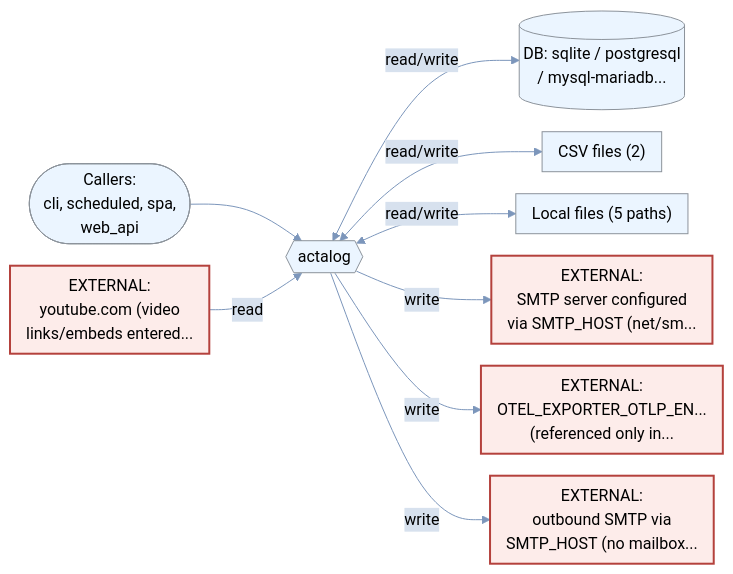
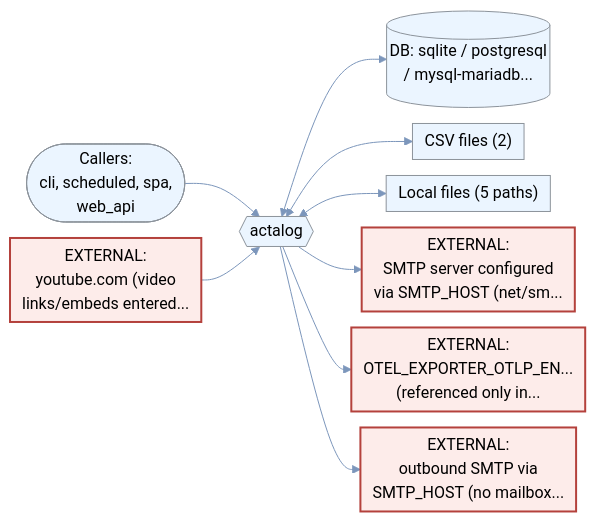
One commit to johnzastrow/Roux7375Testresults changed the fifth of 42 diagrams in outputs/johnzastrow_Summary.md. Above: the diagram before and after it, drawn with Mermaid. The commit also changed other lines of this file, not shown here.

First line of the commit message:
Enlarge data flow diagram text for letter-size printing

````diff
--- a/outputs/johnzastrow_Summary.md
+++ b/outputs/johnzastrow_Summary.md
@@ -553,22 +553,22 @@
 ```mermaid
-%%{init: {"theme":"base","flowchart":{"useMaxWidth":true,"nodeSpacing":22,"rankSpacing":45,"padding":8},"themeVariables":{"background":"#ffffff","primaryColor":"#ebf5ff","primaryTextColor":"#000000","primaryBorderColor":"#8c939b","lineColor":"#7c96bb","secondaryColor":"#d7e1ee","tertiaryColor":"#c3d2e5","fontFamily":"\"Inter\", \"Noto Sans SC\", sans-serif","fontSize":"14","pie1":"#b4413c","pie2":"#d9893b","pie3":"#7c96bb","pie4":"#73A78D","pie5":"#CB9B7A","pie6":"#6B8CAE","pie7":"#c3d2e5","pie8":"#8c939b"}}}%%
+%%{init: {"theme":"base","flowchart":{"useMaxWidth":true,"nodeSpacing":16,"rankSpacing":38,"padding":6},"themeVariables":{"background":"#ffffff","primaryColor":"#ebf5ff","primaryTextColor":"#000000","primaryBorderColor":"#8c939b","lineColor":"#7c96bb","secondaryColor":"#d7e1ee","tertiaryColor":"#c3d2e5","fontFamily":"\"Inter\", \"Noto Sans SC\", sans-serif","fontSize":"17","pie1":"#b4413c","pie2":"#d9893b","pie3":"#7c96bb","pie4":"#73A78D","pie5":"#CB9B7A","pie6":"#6B8CAE","pie7":"#c3d2e5","pie8":"#8c939b"}}}%%
 flowchart LR
     APP{{"actalog"}}
     U(["Callers:<br>cli, scheduled, spa,<br>web_api"]) --> APP
     D1[("DB: sqlite / postgresql<br>/ mysql-mariadb...")]
-    APP <-->|read/write| D1
+    APP <--> D1
     O2["CSV files (2)"]
-    APP <-->|read/write| O2
+    APP <--> O2
     F3["Local files (5 paths)"]
-    APP <-->|read/write| F3
+    APP <--> F3
     E4["EXTERNAL:<br>SMTP server configured<br>via SMTP_HOST (net/sm..."]
-    APP -->|write| E4
+    APP --> E4
     E5["EXTERNAL:<br>youtube.com (video<br>links/embeds entered..."]
-    E5 -->|read| APP
+    E5 --> APP
     E6["EXTERNAL:<br>OTEL_EXPORTER_OTLP_EN...<br>(referenced only in..."]
-    APP -->|write| E6
+    APP --> E6
     E7["EXTERNAL:<br>outbound SMTP via<br>SMTP_HOST (no mailbox..."]
-    APP -->|write| E7
+    APP --> E7
     class E4,E5,E6,E7 ext
     classDef ext fill:#fdecea,stroke:#b4413c,stroke-width:2px,color:#000000
 ```
````
